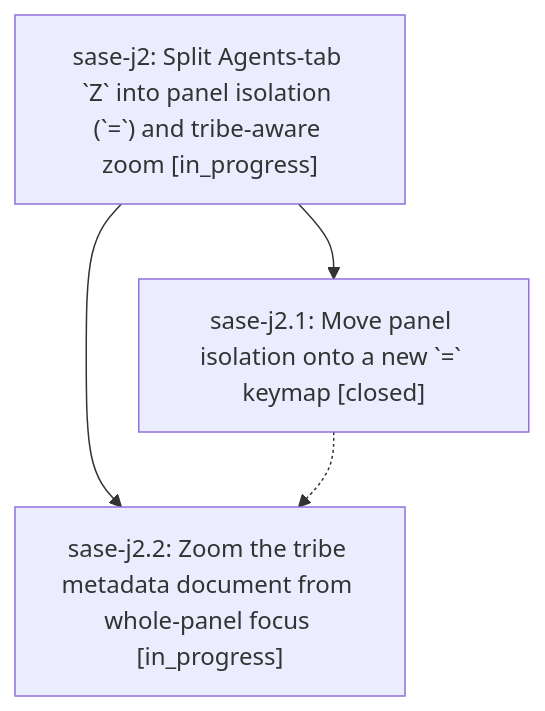
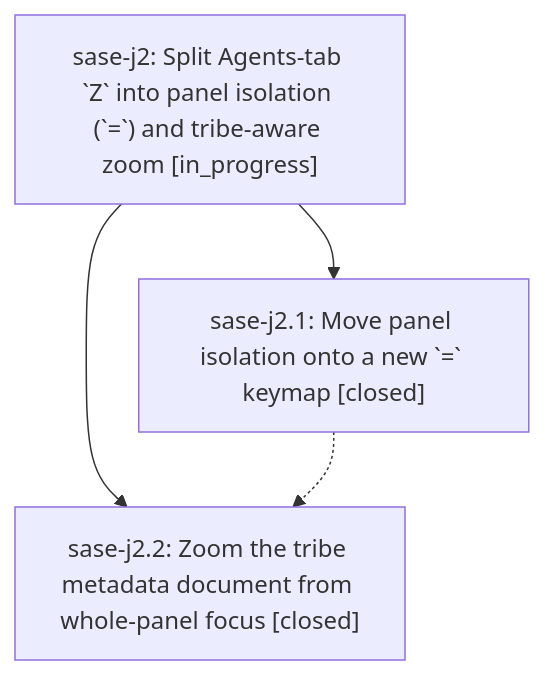
The diagram in pages/sase-j2/README.md (sase-org/sase--beads), drawn with Mermaid before and after one commit. The commit also changed other lines of this file and 2 other files, not shown here.

First line of the commit message:
chore(beads): sync bead state and pages for sase-j2

````diff
--- a/pages/sase-j2/README.md
+++ b/pages/sase-j2/README.md
@@ -23,9 +23,9 @@
 ```mermaid
 flowchart TD
     n0["sase-j2: Split Agents-tab `Z` into panel isolation (`=`) and tribe-aware zoom [in_progress]"]
     n1["sase-j2.1: Move panel isolation onto a new `=` keymap [closed]"]
-    n2["sase-j2.2: Zoom the tribe metadata document from whole-panel focus [in_progress]"]
+    n2["sase-j2.2: Zoom the tribe metadata document from whole-panel focus [closed]"]
     n0 --> n1
     n0 --> n2
     n1 -.-> n2
 ```
````
